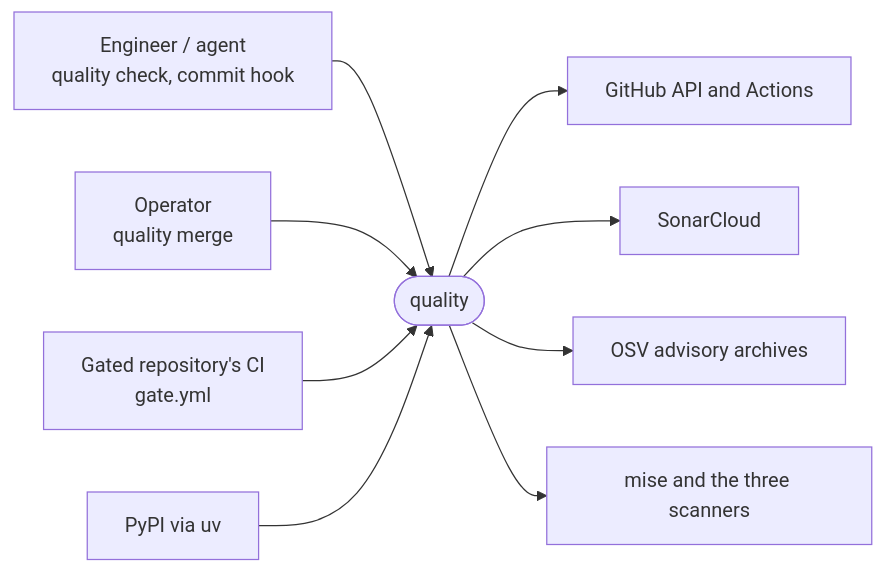
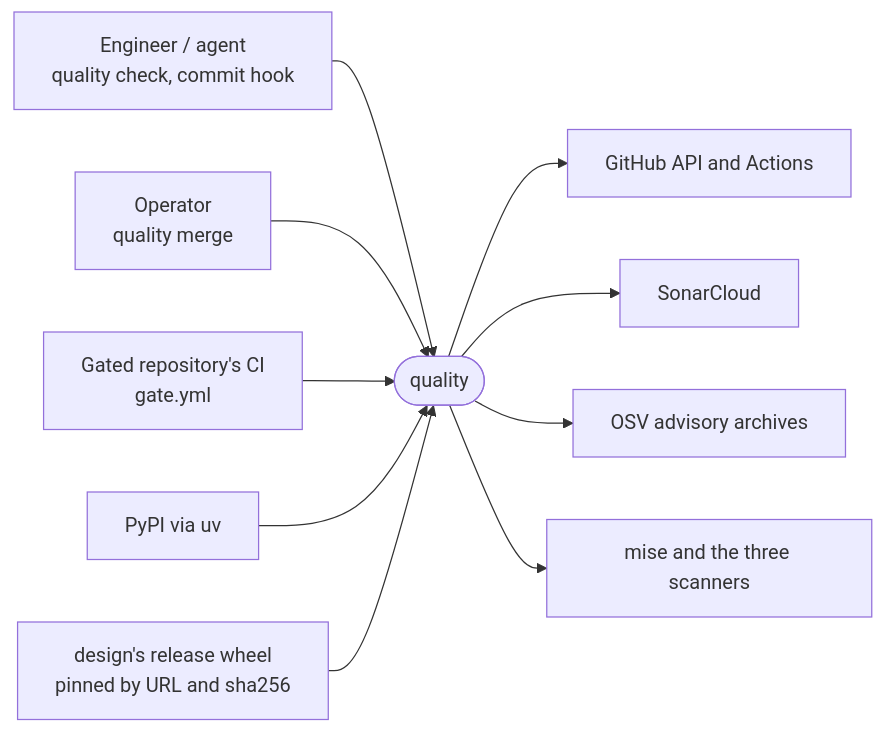
The first of 3 diagrams in docs/ARCHITECTURE.md (overnightworks/quality), drawn with Mermaid before and after one commit. The commit also changed other lines of this file and 20 other files, not shown here.

````diff
--- a/docs/ARCHITECTURE.md
+++ b/docs/ARCHITECTURE.md
@@ -15,20 +16,22 @@
 ```mermaid
 flowchart LR
     engineer["Engineer / agent<br/>quality check, commit hook"]
     operator["Operator<br/>quality merge"]
     ci["Gated repository's CI<br/>gate.yml"]
     quality(["quality"])
     github["GitHub API and Actions"]
     sonarcloud["SonarCloud"]
     osv["OSV advisory archives"]
     mise["mise and the three scanners"]
     pypi["PyPI via uv"]
+    design["design's release wheel<br/>pinned by URL and sha256"]
     engineer --> quality
     operator --> quality
     ci --> quality
     quality --> github
     quality --> sonarcloud
     quality --> osv
     quality --> mise
     pypi --> quality
+    design --> quality
 ```
````
